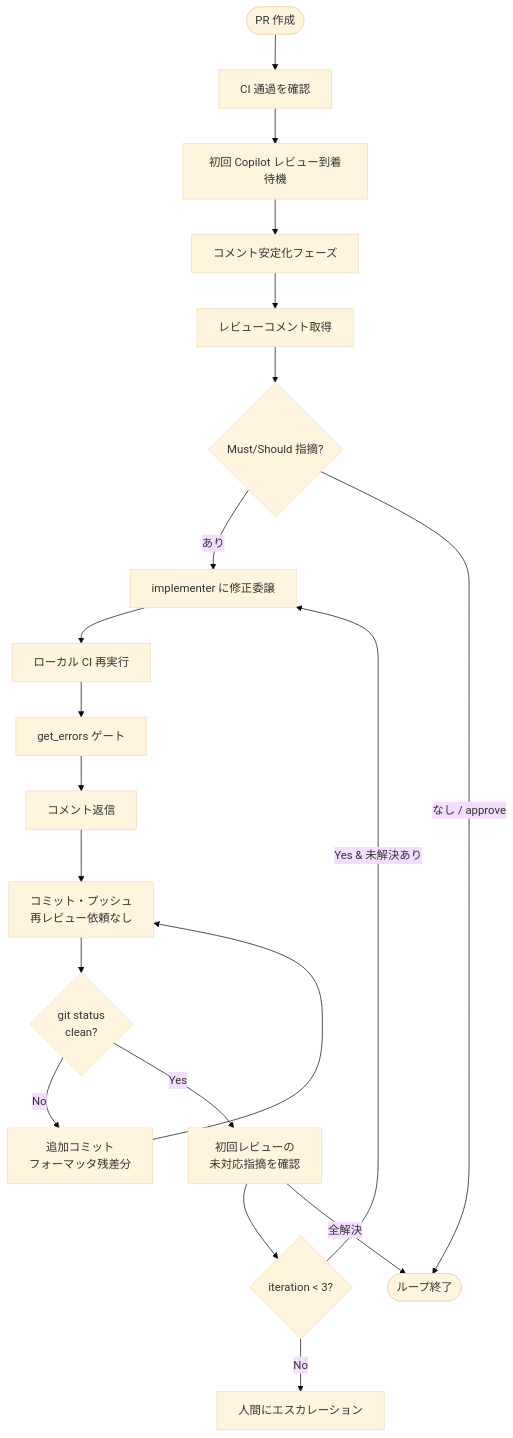
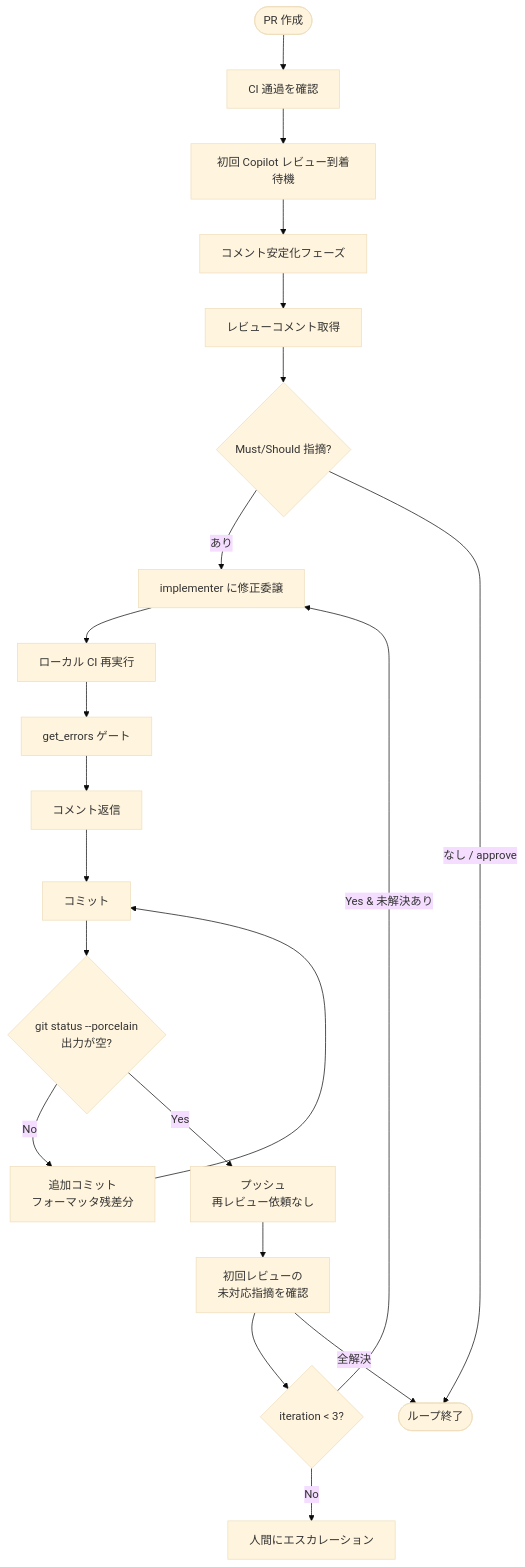
One commit to KosGit-ti/dev-orchestration-template changed the fourth of 5 diagrams in docs/orchestration.md. Above: the diagram before and after it, drawn with Mermaid (base theme). The commit also changed other lines of this file and 1 other file, not shown here.

Commit message:
fix: Copilotレビュー指摘対応 — git status --porcelain、Mermaidフロー修正

````diff
--- a/docs/orchestration.md
+++ b/docs/orchestration.md
@@ -494,22 +494,23 @@
 ```mermaid
 flowchart TD
     Start([PR 作成]) --> WaitCI[CI 通過を確認]
     WaitCI --> WaitReview[初回 Copilot レビュー到着待機]
     WaitReview --> Stable[コメント安定化フェーズ]
     Stable --> GetComments[レビューコメント取得]
     GetComments --> Classify{Must/Should 指摘?}
     Classify -->|あり| Fix[implementer に修正委譲]
     Fix --> LocalCI[ローカル CI 再実行]
     LocalCI --> IDECheck[get_errors ゲート]
     IDECheck --> Reply[コメント返信]
-    Reply --> Push[コミット・プッシュ<br/>再レビュー依頼なし]
-    Push --> CleanCheck{git status<br/>clean?}
+    Reply --> Commit[コミット]
+    Commit --> CleanCheck{git status --porcelain<br/>出力が空?}
     CleanCheck -->|No| AddCommit[追加コミット<br/>フォーマッタ残差分]
-    AddCommit --> Push
-    CleanCheck -->|Yes| Recheck[初回レビューの<br/>未対応指摘を確認]
+    AddCommit --> Commit
+    CleanCheck -->|Yes| Push[プッシュ<br/>再レビュー依頼なし]
+    Push --> Recheck[初回レビューの<br/>未対応指摘を確認]
     Recheck --> Inc{iteration < 3?}
     Inc -->|Yes & 未解決あり| Fix
     Inc -->|No| Escalate[人間にエスカレーション]
     Classify -->|なし / approve| Done([ループ終了])
     Recheck -->|全解決| Done
 ```
````
